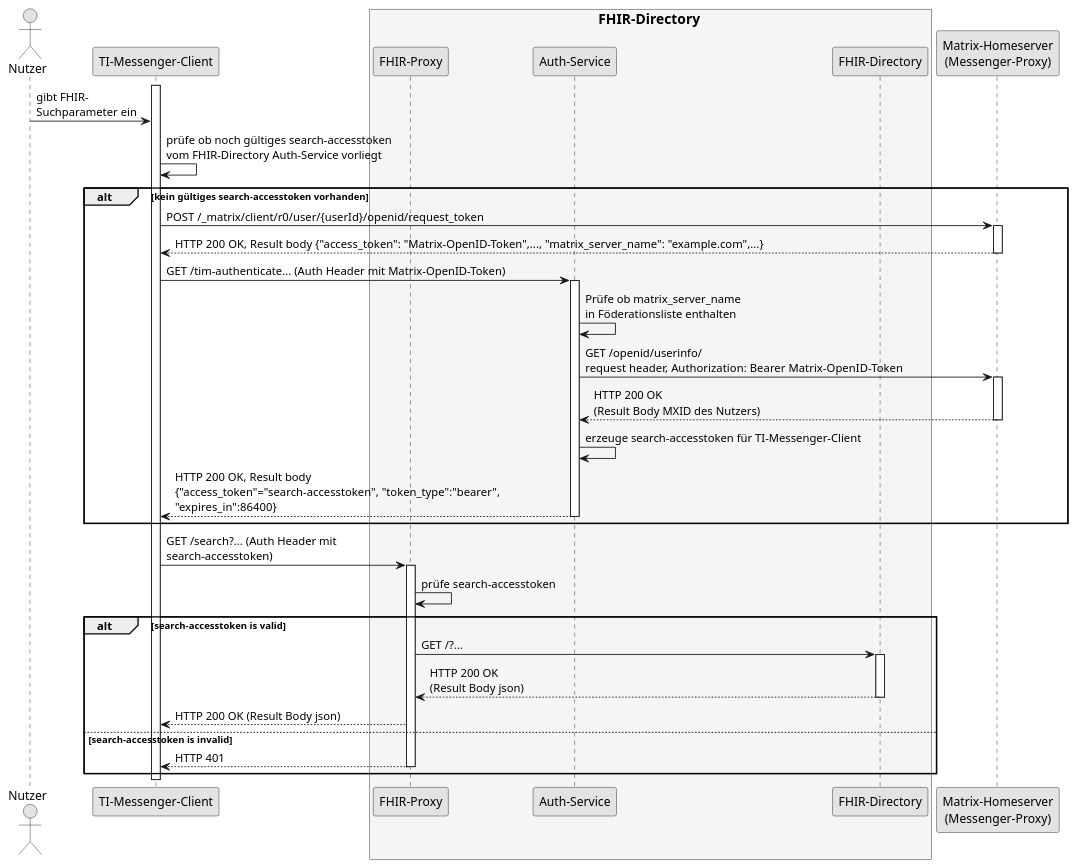
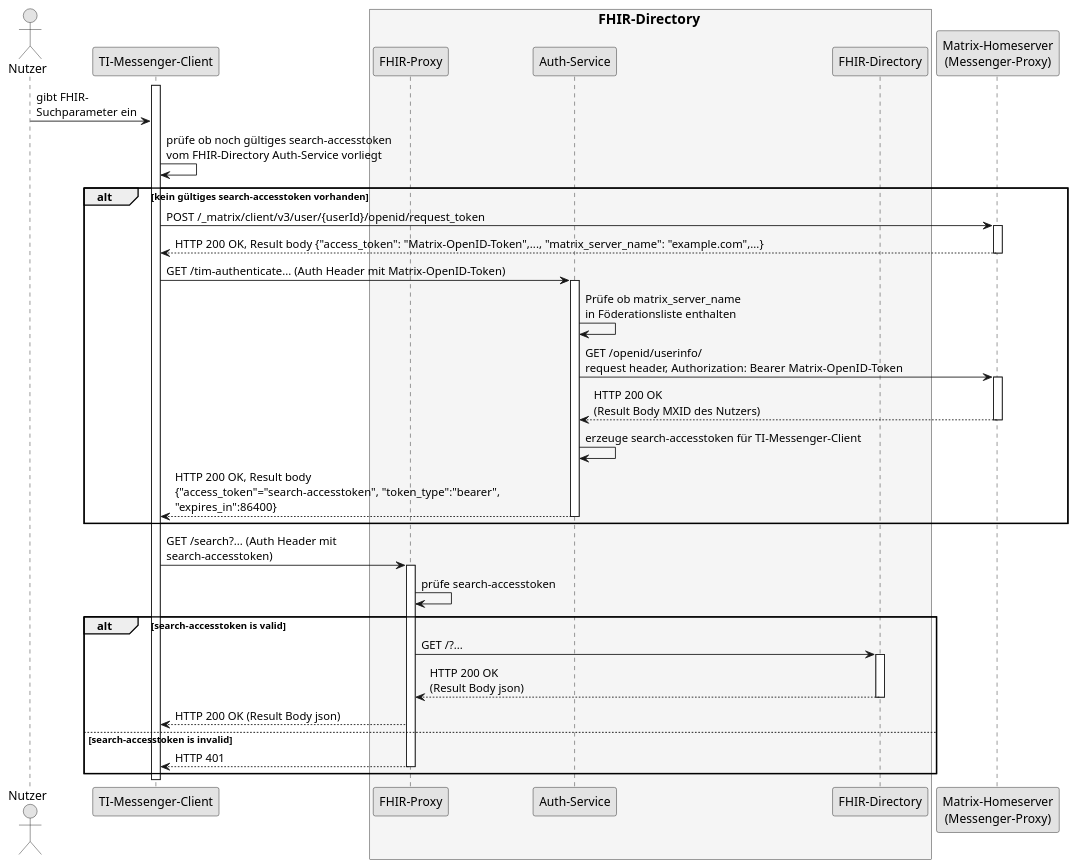
The diagram in src/plantuml/SequenceDiagram.FHIR-Directory.search.puml (gematik/api-vzd), drawn with PlantUML before and after one commit.

Commit message:
fix: update OpenID request token endpoint in sequence diagram

```diff
--- a/src/plantuml/SequenceDiagram.FHIR-Directory.search.puml
+++ b/src/plantuml/SequenceDiagram.FHIR-Directory.search.puml
@@ -1,53 +1,53 @@
 @startuml SequenceDiagram.FHIR-Directory.search
 skinparam dpi 100
 skinparam WrapWidth 200
 skinparam monochrome true
 
 'title "FHIR-Directory, Sequenzdiagram search'
 actor Nutzer
 participant cl as "TI-Messenger-Client"
 box <size:16>FHIR-Directory</size> #WhiteSmoke
   participant fp as "FHIR-Proxy"
   participant au as "Auth-Service"
   participant fd as "FHIR-Directory"
 end box
 participant hs as "Matrix-Homeserver\n(Messenger-Proxy)"
 activate cl
 
 Nutzer -> cl:gibt FHIR-\nSuchparameter ein
 cl -> cl: prüfe ob noch gültiges search-accesstoken\nvom FHIR-Directory Auth-Service vorliegt
 
 alt kein gültiges search-accesstoken vorhanden
-cl -> hs: POST /_matrix/client/r0/user/{userId}/openid/request_token
+cl -> hs: POST /_matrix/client/v3/user/{userId}/openid/request_token
 activate hs
 hs --> cl: HTTP 200 OK, Result body {"access_token": "Matrix-OpenID-Token",..., "matrix_server_name": "example.com",...}
 deactivate hs
 cl -> au: GET /tim-authenticate... (Auth Header mit Matrix-OpenID-Token)
 activate au
 au -> au: Prüfe ob matrix_server_name\nin Föderationsliste enthalten
 au -> hs: GET /openid/userinfo/\nrequest header, Authorization: Bearer Matrix-OpenID-Token
 activate hs
 hs --> au: HTTP 200 OK\n(Result Body MXID des Nutzers)
 deactivate hs
 au -> au: erzeuge search-accesstoken für TI-Messenger-Client
 au --> cl: HTTP 200 OK, Result body\n{"access_token"="search-accesstoken", "token_type":"bearer",\n"expires_in":86400}
 deactivate au
 end
 
 cl -> fp: GET /search?... (Auth Header mit\nsearch-accesstoken)
 activate fp
 fp -> fp: prüfe search-accesstoken
 
 alt search-accesstoken is valid
 fp -> fd: GET /?...
 activate fd
 fd --> fp: HTTP 200 OK\n(Result Body json)
 deactivate fd
 fp --> cl: HTTP 200 OK (Result Body json)
 else search-accesstoken is invalid
 fp --> cl: HTTP 401
 deactivate fp
 end
 
 deactivate cl
 @enduml
```
